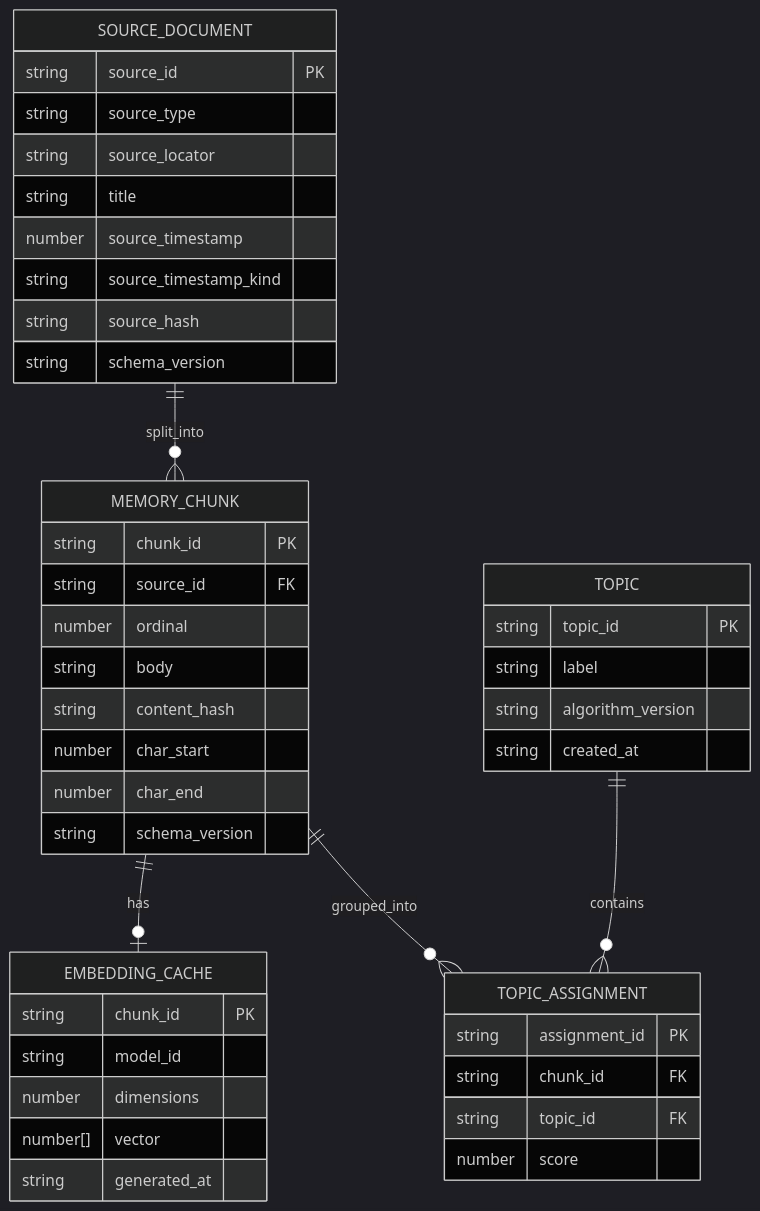
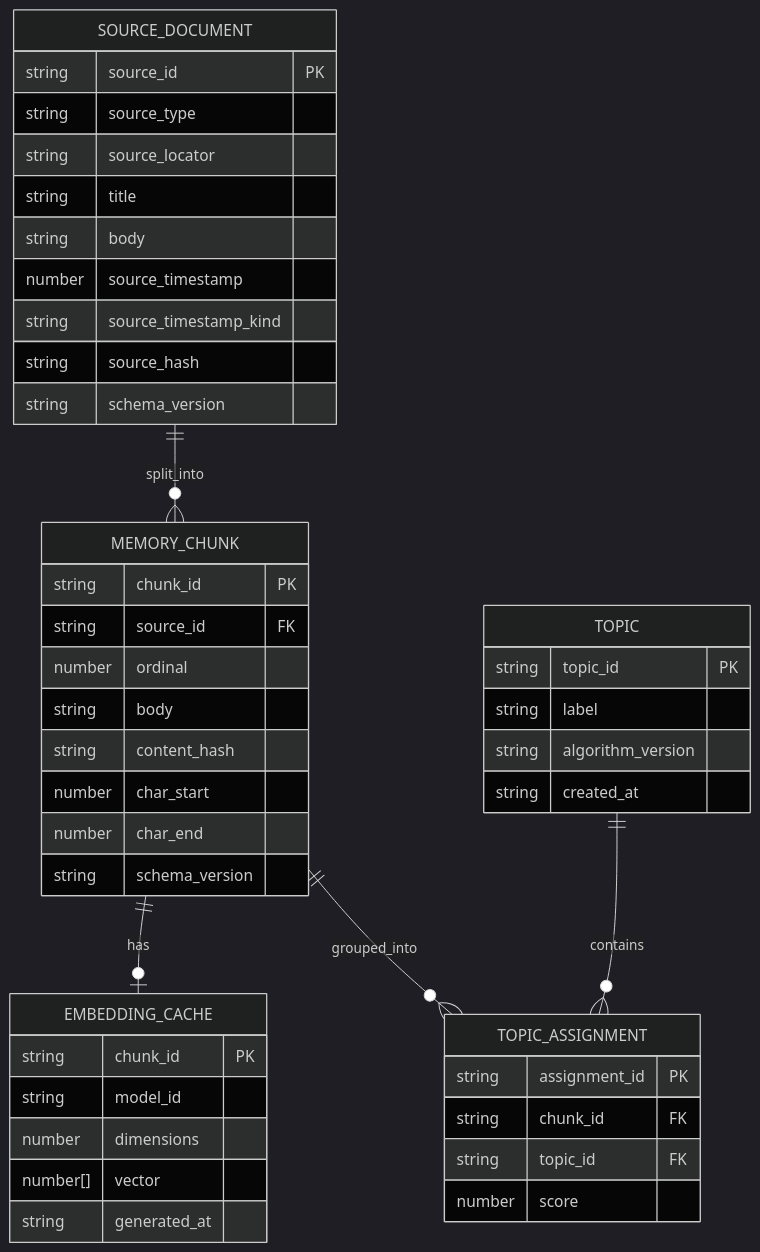
The diagram in docs/design/APP-DS-001_Local-Semantic-Memory.md (xzyozi/Mnemo_Local), drawn with Mermaid (dark theme) before and after one commit. The commit also changed other lines of this file and 2 other files, not shown here.

````diff
--- a/docs/design/APP-DS-001_Local-Semantic-Memory.md
+++ b/docs/design/APP-DS-001_Local-Semantic-Memory.md
@@ -32,47 +32,48 @@
 ```mermaid
 erDiagram
     SOURCE_DOCUMENT ||--o{ MEMORY_CHUNK : split_into
     MEMORY_CHUNK ||--o| EMBEDDING_CACHE : has
     MEMORY_CHUNK ||--o{ TOPIC_ASSIGNMENT : grouped_into
     TOPIC ||--o{ TOPIC_ASSIGNMENT : contains
 
     SOURCE_DOCUMENT {
         string source_id PK
         string source_type
         string source_locator
         string title
+        string body
         number source_timestamp
         string source_timestamp_kind
         string source_hash
         string schema_version
     }
     MEMORY_CHUNK {
         string chunk_id PK
         string source_id FK
         number ordinal
         string body
         string content_hash
         number char_start
         number char_end
         string schema_version
     }
     EMBEDDING_CACHE {
         string chunk_id PK
         string model_id
         number dimensions
         number[] vector
         string generated_at
     }
     TOPIC {
         string topic_id PK
         string label
         string algorithm_version
         string created_at
     }
     TOPIC_ASSIGNMENT {
         string assignment_id PK
         string chunk_id FK
         string topic_id FK
         number score
     }
 ```
````
